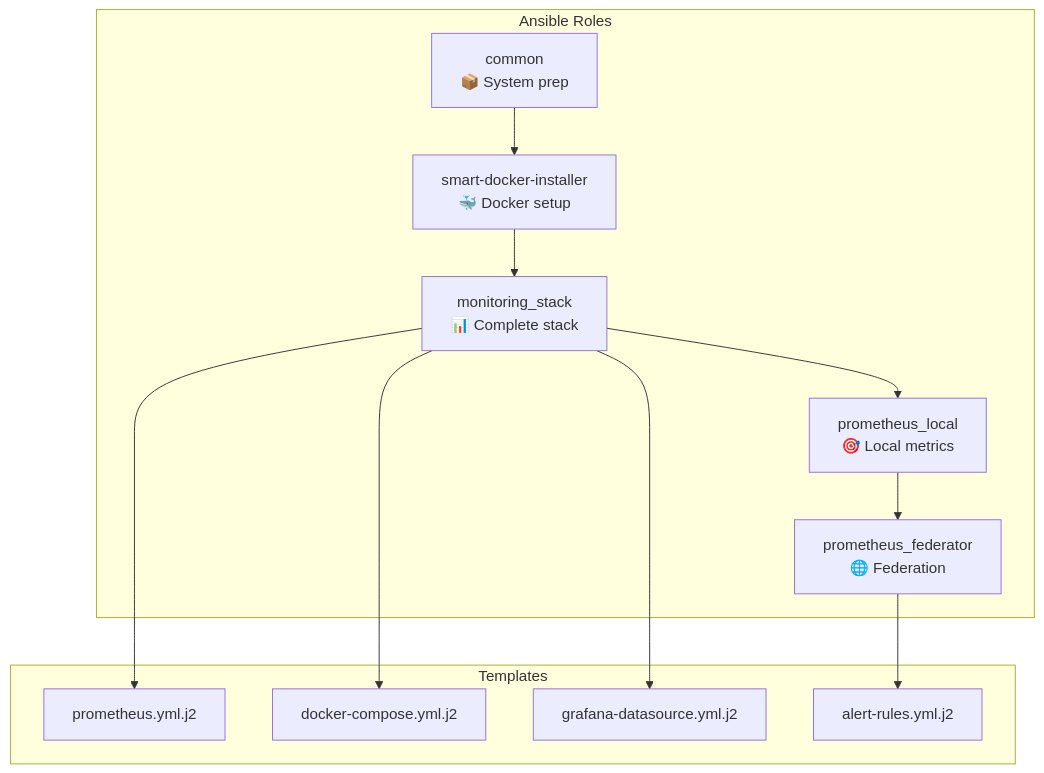
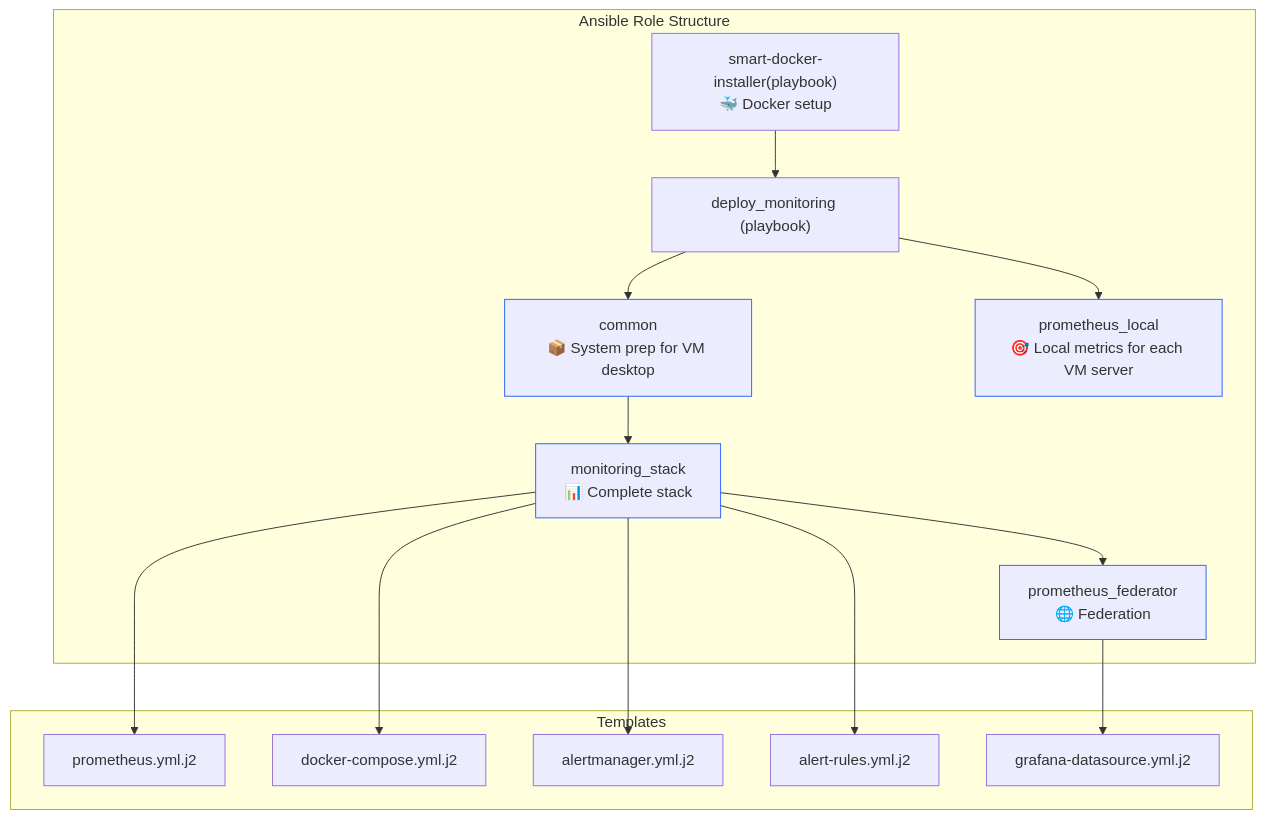
The third of 3 diagrams in README.md (Sirine-bit/docker-monitoring), drawn with Mermaid before and after one commit. The commit also changed other lines of this file, not shown here.

````diff
--- a/README.md
+++ b/README.md
@@ -325,27 +278,29 @@
 ```mermaid
-graph TB
-    subgraph "Ansible Roles"
-        CR[common<br/>📦 System prep]
-        SDI[smart-docker-installer<br/>🐳 Docker setup]
-        MS[monitoring_stack<br/>📊 Complete stack]
-        PL[prometheus_local<br/>🎯 Local metrics]
-        PF[prometheus_federator<br/>🌐 Federation]
-    end
-    
-    subgraph "Templates"
-        T1[prometheus.yml.j2]
-        T2[docker-compose.yml.j2]
-        T3[grafana-datasource.yml.j2]
-        T4[alert-rules.yml.j2]
-    end
-    
-    CR --> SDI
-    SDI --> MS
-    MS --> PL
-    PL --> PF
-    
-    MS --> T1
-    MS --> T2
-    MS --> T3
-    PF --> T4
+flowchart TB
+ subgraph subGraph0["Ansible Role Structure"]
+        CR["common<br>📦 System prep for VM desktop"]
+        SDI["smart-docker-installer(playbook)<br>🐳 Docker setup"]
+        PF["prometheus_federator<br>🌐 Federation"]
+        MS["monitoring_stack<br>📊 Complete stack"]
+        PL["prometheus_local<br>🎯 Local metrics for each VM server"]
+        n1["deploy_monitoring (playbook)"]
+  end
+ subgraph Templates["Templates"]
+        T1["prometheus.yml.j2"]
+        T2["docker-compose.yml.j2"]
+        T3["alertmanager.yml.j2"]
+        T4["alert-rules.yml.j2"]
+        T5["grafana-datasource.yml.j2"]
+  end
+    MS --> T1 & T2 & T3 & PF & T4
+    PF --> T5
+    CR --> MS
+    SDI --> n1
+    n1 --> PL & CR
+
+    style CR stroke:#2962FF
+    style PF stroke:#2962FF
+    style MS stroke:#2962FF
+    style PL stroke:#2962FF
+
 ```
````
